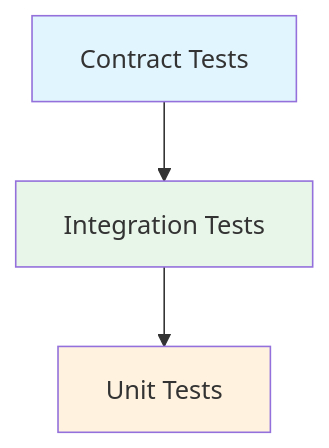
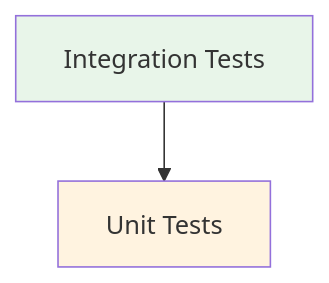
Before and after one commit to kadykov/cv-adapt: the diagram in web-interface/frontend/docs/TESTING_STRATEGY.md, drawn with Mermaid. The commit also changed other lines of this file and 9 other files, not shown here.

````diff
--- a/web-interface/frontend/docs/TESTING_STRATEGY.md
+++ b/web-interface/frontend/docs/TESTING_STRATEGY.md
@@ -9,9 +9,7 @@
 ```mermaid
 flowchart TD
-    A[Contract Tests] --> B[Integration Tests]
-    B --> C[Unit Tests]
+    A[Integration Tests] --> B[Unit Tests]
 
-    style A fill:#e1f5fe
-    style B fill:#e8f5e9
-    style C fill:#fff3e0
+    style A fill:#e8f5e9
+    style B fill:#fff3e0
 ```
````
